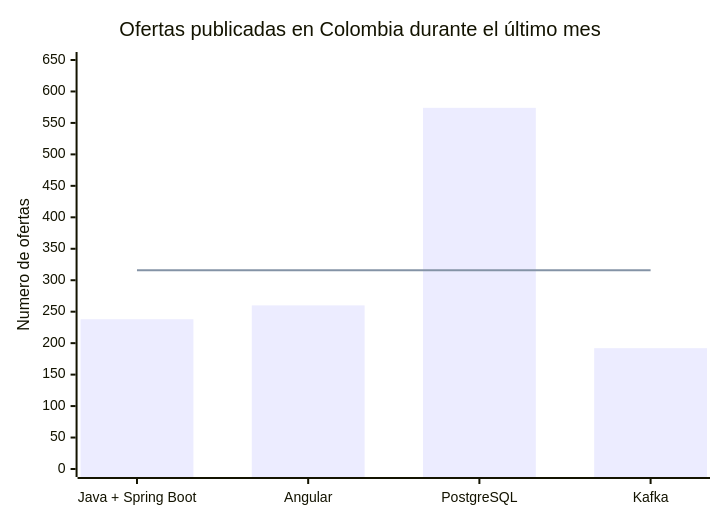
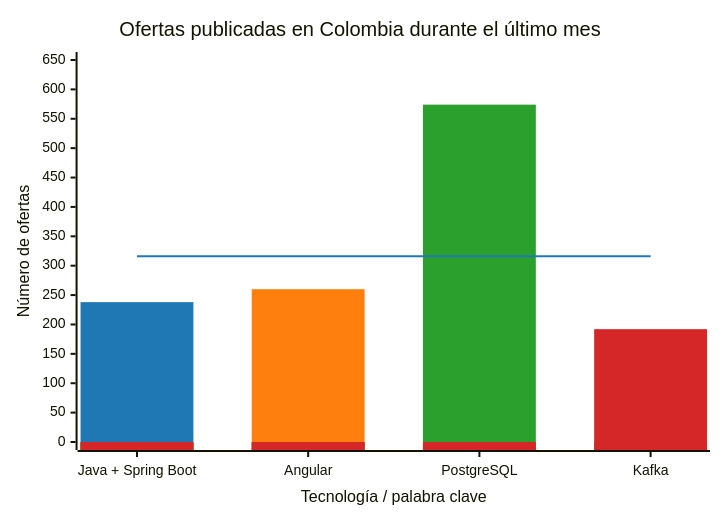
The diagram in docs/wiki/02-arquitectura/diagramas/fuentes/ofertas-mercado-laboral.mmd (SarAlbN1/AS-foodflow-EDA), drawn with Mermaid before and after one commit. The commit also changed 4 other files, not shown here.

Commit message:
docs(diagramas): alinea las fuentes con el abanico del resultado del pago [HU-704]

```diff
--- a/docs/wiki/02-arquitectura/diagramas/fuentes/ofertas-mercado-laboral.mmd
+++ b/docs/wiki/02-arquitectura/diagramas/fuentes/ofertas-mercado-laboral.mmd
@@ -1,6 +1,19 @@
+---
+config:
+  themeVariables:
+    xyChart:
+      plotColorPalette: "#1f77b4, #ff7f0e, #2ca02c, #d62728, #1f77b4"
+---
+%% Figura "Mercado laboral - ofertas publicadas durante el último mes" del informe.
+%% Una serie por barra para que cada tecnología tenga su color (paleta del PNG);
+%% la quinta serie es la línea del promedio del stack.
+%% Conteos de LinkedIn Colombia citados en main.tex: 238 + 260 + 574 + 192 = 1.264; promedio 316.
 xychart-beta
     title "Ofertas publicadas en Colombia durante el último mes"
-    x-axis ["Java + Spring Boot", "Angular", "PostgreSQL", "Kafka"]
-    y-axis "Numero de ofertas" 0 --> 650
-    bar [238, 260, 574, 192]
+    x-axis "Tecnología / palabra clave" ["Java + Spring Boot", "Angular", "PostgreSQL", "Kafka"]
+    y-axis "Número de ofertas" 0 --> 650
+    bar [238, 0, 0, 0]
+    bar [0, 260, 0, 0]
+    bar [0, 0, 574, 0]
+    bar [0, 0, 0, 192]
     line [316, 316, 316, 316]
```
